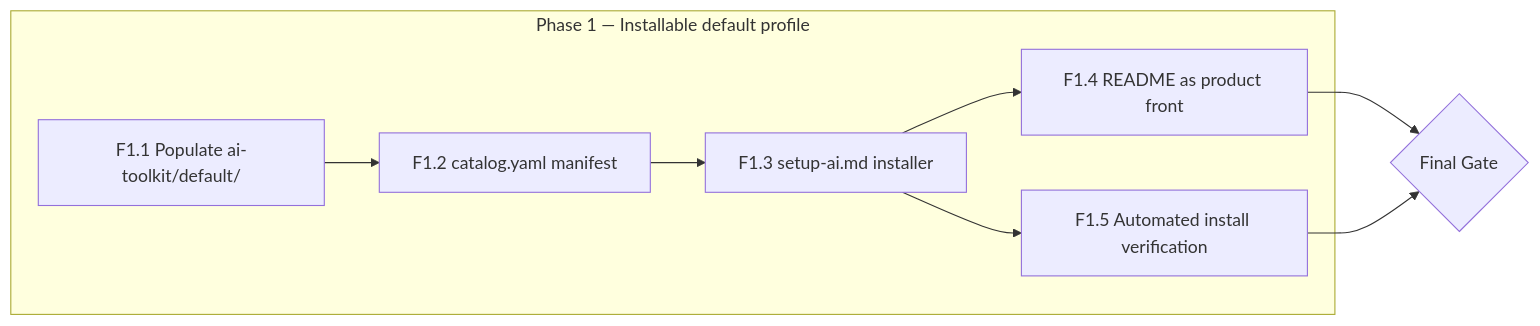
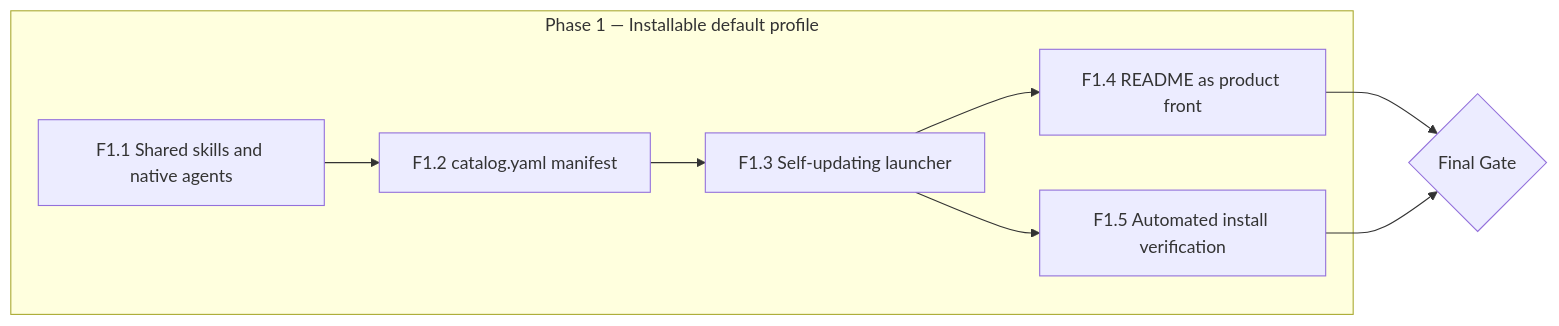
Before and after one commit to charlstown/my-aisy-toolkit: the first of 2 diagrams in specs/roadmap.md, drawn with Mermaid. The commit also changed other lines of this file and 12 other files, not shown here.

````diff
--- a/specs/roadmap.md
+++ b/specs/roadmap.md
@@ -18,17 +18,17 @@
 ```mermaid
 flowchart LR
     subgraph Phase1["Phase 1 — Installable default profile"]
-        F1[F1.1 Populate ai-toolkit/default/]
+        F1[F1.1 Shared skills and native agents]
         F2[F1.2 catalog.yaml manifest]
-        F3[F1.3 setup-ai.md installer]
+        F3[F1.3 Self-updating launcher]
         F4[F1.4 README as product front]
         F5[F1.5 Automated install verification]
     end
     GateFinal{Final Gate}
     F1 --> F2
     F2 --> F3
     F3 --> F4
     F3 --> F5
     F4 --> GateFinal
     F5 --> GateFinal
 ```
````
